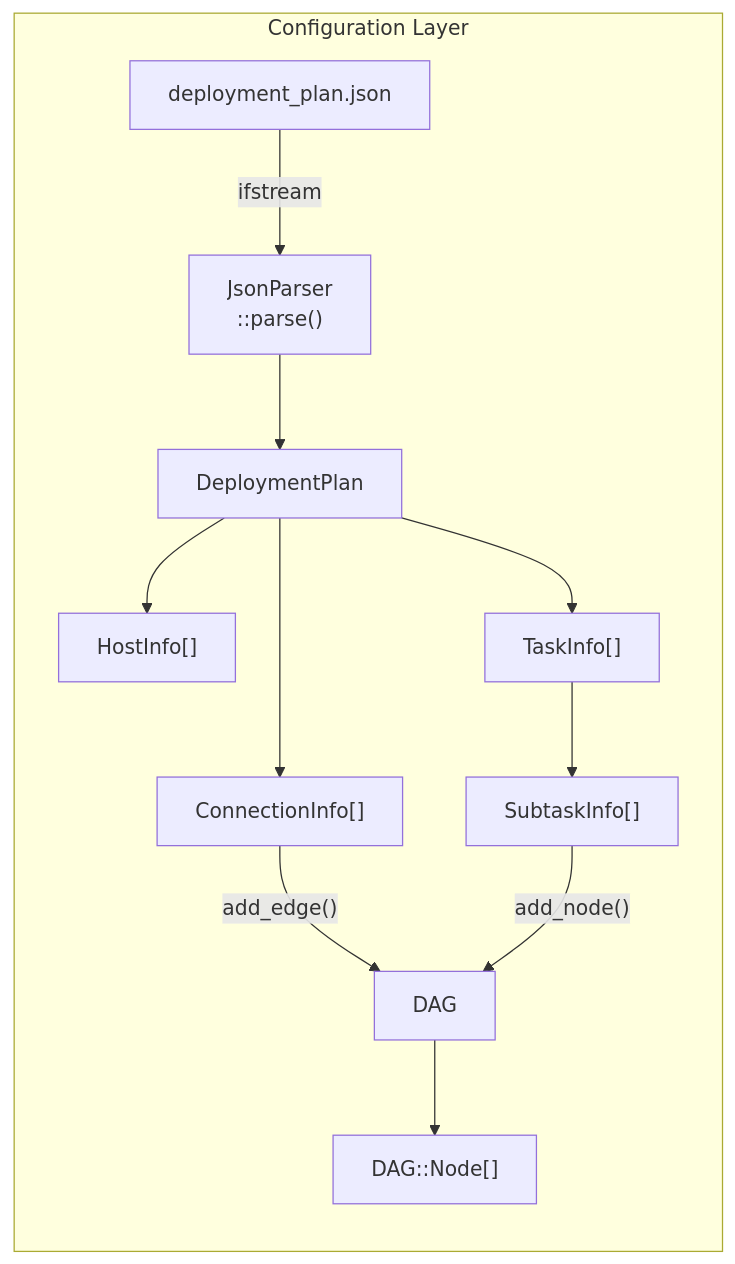
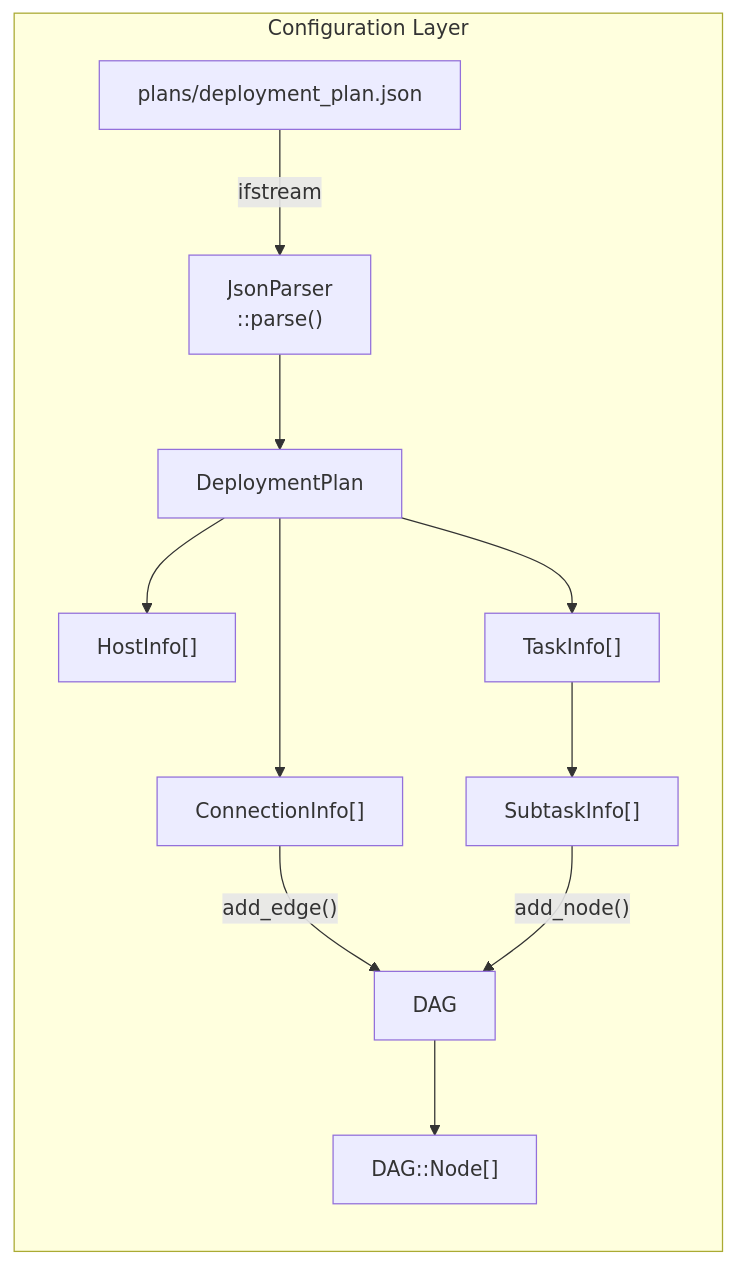
The second of 10 diagrams in docs/layers-deep-dive.md (Tassany/Real-time-middleware), drawn with Mermaid before and after one commit. The commit also changed 88 other files, not shown here.

````diff
--- a/docs/layers-deep-dive.md
+++ b/docs/layers-deep-dive.md
@@ -137,24 +137,24 @@
 ```mermaid
 graph LR
     subgraph CFG["Configuration Layer"]
-        JSON["deployment_plan.json"]
+        JSON["plans/deployment_plan.json"]
         JP["JsonParser\n::parse()"]
         DP["DeploymentPlan"]
         HI["HostInfo[]"]
         TI["TaskInfo[]"]
         SI["SubtaskInfo[]"]
         CI["ConnectionInfo[]"]
         DAG["DAG"]
         NODE["DAG::Node[]"]
     end
 
     JSON -->|"ifstream"| JP
     JP --> DP
     DP --> HI
     DP --> TI
     TI --> SI
     DP --> CI
     CI -->|"add_edge()"| DAG
     SI -->|"add_node()"| DAG
     DAG --> NODE
 ```
````
